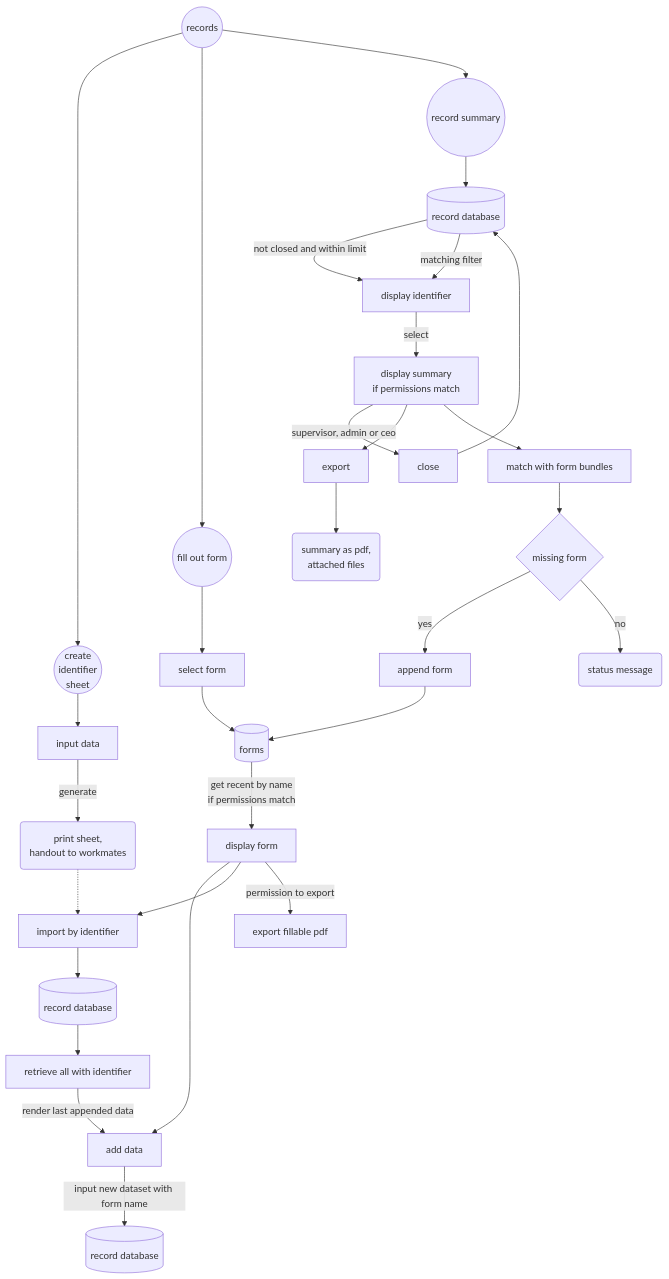
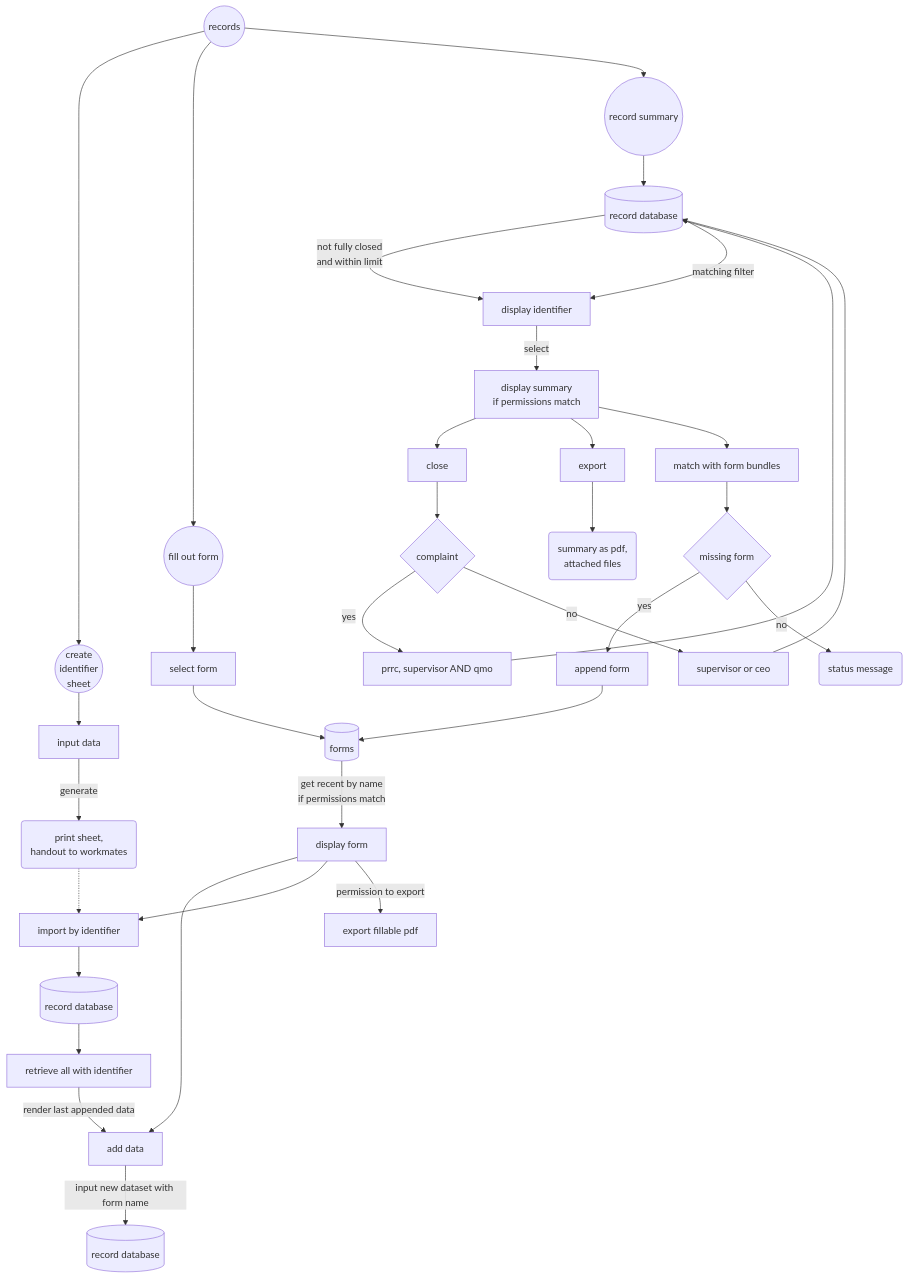
The fourth of 7 diagrams in readme.md (erroronline1/caro), drawn with Mermaid before and after one commit. The commit also changed other lines of this file and 9 other files, not shown here.

````diff
--- a/readme.md
+++ b/readme.md
@@ -512,41 +512,46 @@
 ```mermaid
 graph TD;
     records((records))-->identifiersheet(("create
     identifier
     sheet"));
     identifiersheet-->input[input data];
     input-->|generate|print("print sheet,
     handout to workmates");
 
     records-->fillform((fill out form));
     fillform-->selectform[select form];
     selectform-->forms[(forms)];
     forms-->|"get recent by name
     if permissions match"|displayform[display form];
     displayform-->inputdata[add data];
     inputdata-->|input new dataset with form name|recorddb[(record database)];
     displayform-->idimport[import by identifier];
     idimport-->recorddb2[(record database)];
     recorddb2-->selectbyid[retrieve all with identifier];
     selectbyid-->|render last appended data|inputdata;
     displayform-->|permission to export|exportform[export fillable pdf]
 
     print-.->idimport;
 
     records-->summaries((record summary));
     summaries-->recorddb3[(record database)]
-    recorddb3-->|not closed and within limit|displayids[display identifier];
+    recorddb3-->|"not fully closed
+    and within limit"|displayids[display identifier];
     recorddb3-->|matching filter|displayids;
     displayids-->|select|summary["display summary
     if permissions match"];
-    summary-->|supervisor, admin or ceo|close[close];
-    close-->recorddb3
+    summary-->close[close];
+    close-->complaint{complaint};
+    complaint-->|yes|complaintclose[prrc, supervisor AND qmo];
+    complaintclose-->recorddb3;
+    complaint-->|no|nocomplaintclose[supervisor or ceo];
+    nocomplaintclose-->recorddb3;
     summary-->export[export];
     export-->pdf("summary as pdf,
     attached files");
     summary-->matchbundles[match with form bundles];
     matchbundles-->missing{missing form};
     missing-->|yes|appenddata[append form];
     appenddata-->forms;
     missing-->|no|nonemissing(status message);
 ```
````
